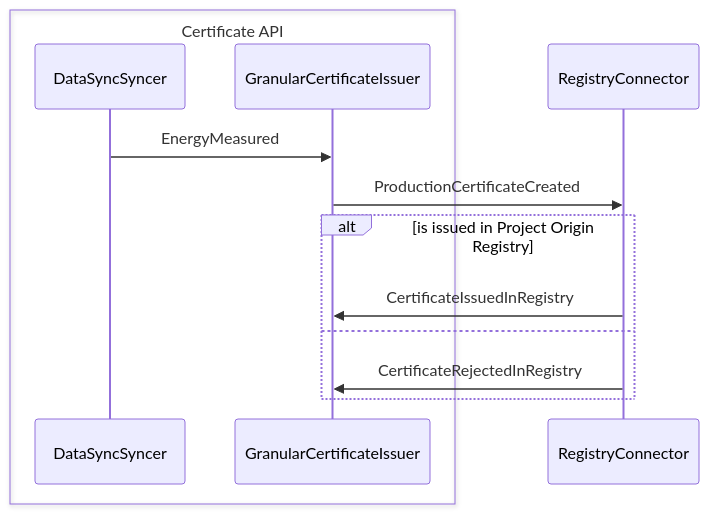
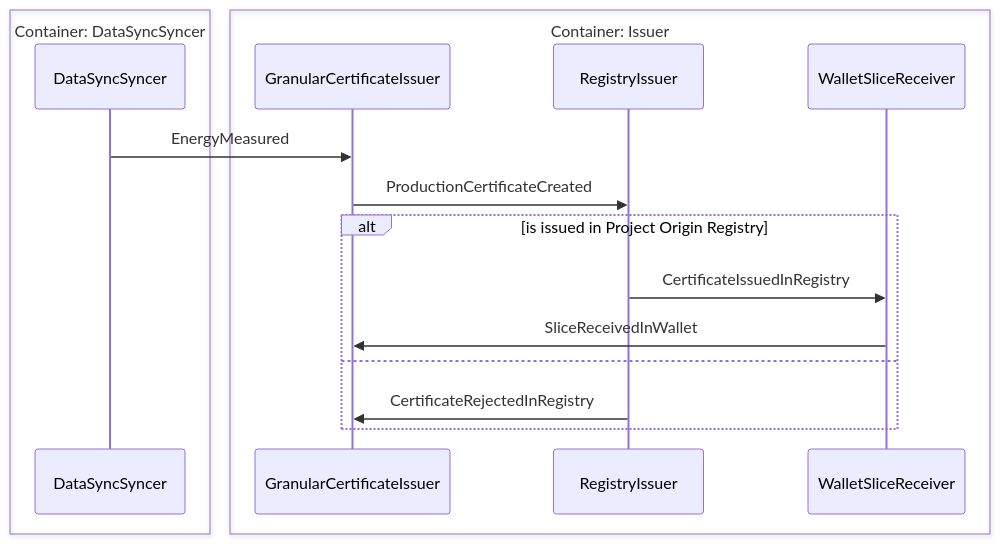
Before and after one commit to Energinet-DataHub/energy-origin: the diagram in doc/architecture/domains/certificates.md, drawn with Mermaid. The commit also changed other lines of this file, not shown here.

````diff
--- a/doc/architecture/domains/certificates.md
+++ b/doc/architecture/domains/certificates.md
@@ -30,16 +30,20 @@
 ```mermaid
 sequenceDiagram
-    box Certificate API
+    box Container: DataSyncSyncer
     participant dss as DataSyncSyncer
+    end
+    box Container: Issuer
     participant gci as GranularCertificateIssuer
+    participant reg as RegistryIssuer
+    participant wal as WalletSliceReceiver
     end
-    participant reg as RegistryConnector
 
     dss->>gci: EnergyMeasured
     gci->>reg: ProductionCertificateCreated
     alt is issued in Project Origin Registry
-        reg->>gci: CertificateIssuedInRegistry
+        reg->>wal: CertificateIssuedInRegistry
+        wal->>gci: SliceReceivedInWallet
     else
         reg->>gci: CertificateRejectedInRegistry
     end
 ```
````
